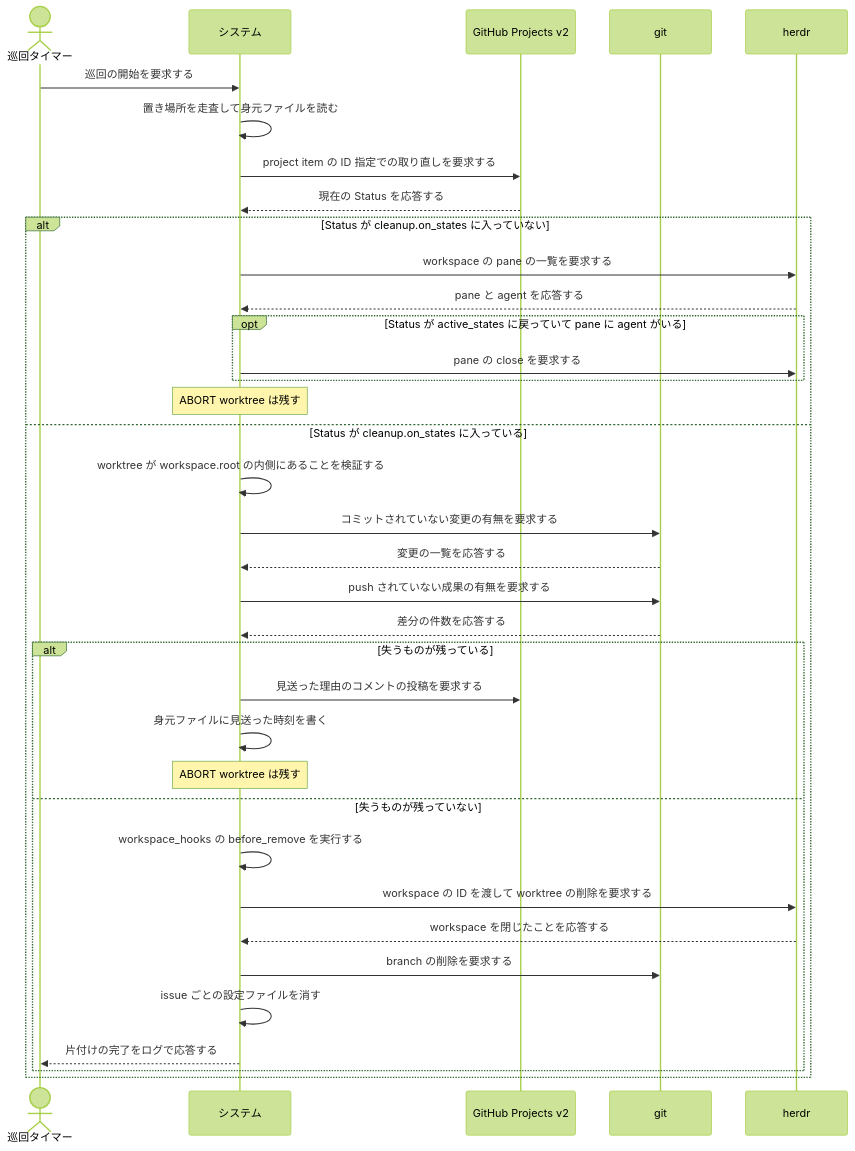
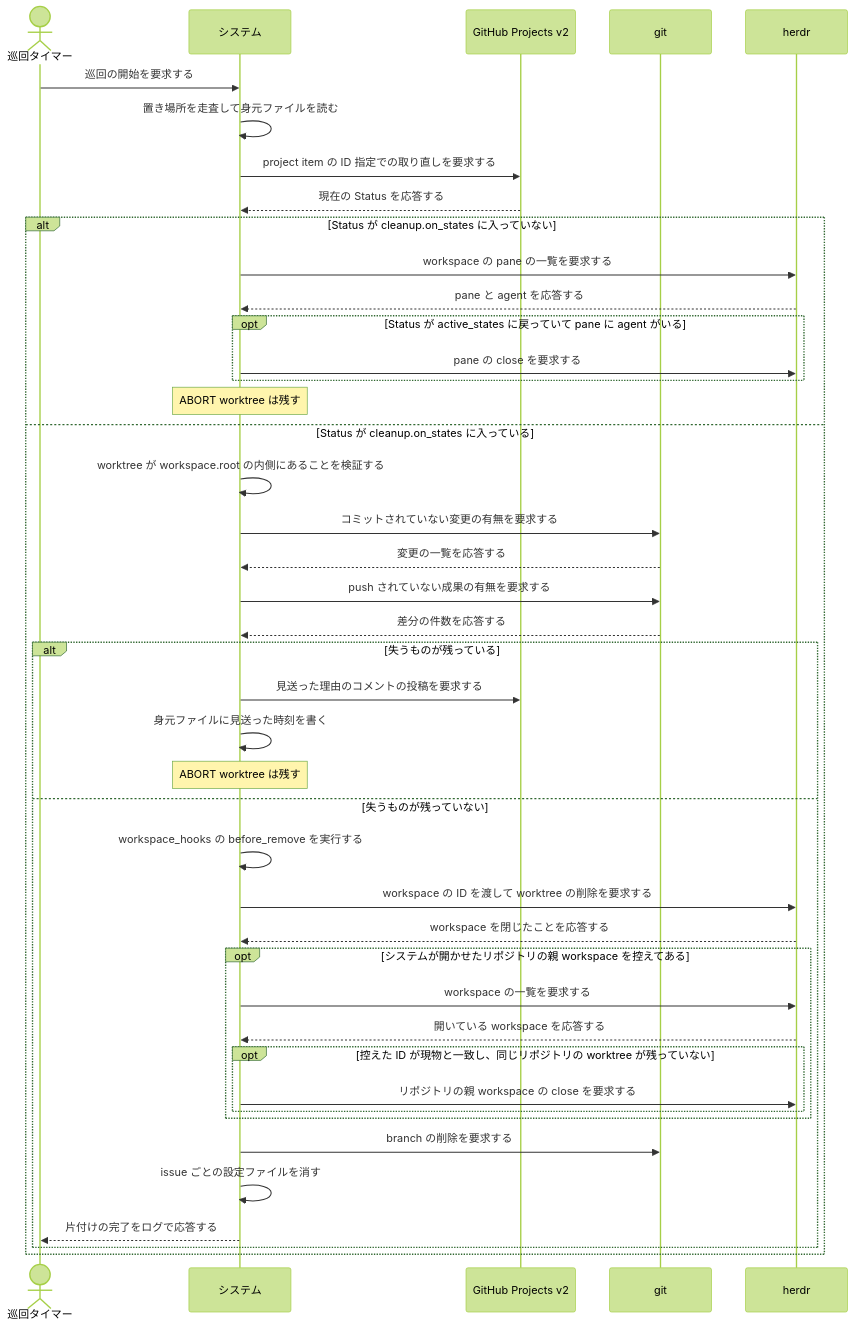
The second of 2 diagrams in docs/spec/usecases/particular_case/worktree と branch を片付ける.rucm.md (maimuzo/continuo), drawn with Mermaid (forest theme) before and after one commit. The commit also changed other lines of this file and 38 other files, not shown here.

````diff
--- a/docs/spec/usecases/particular_case/worktree と branch を片付ける.rucm.md
+++ b/docs/spec/usecases/particular_case/worktree と branch を片付ける.rucm.md
@@ -162,39 +199,46 @@
 ```mermaid
 sequenceDiagram
     actor T as 巡回タイマー
     participant S as システム
     participant GH as GitHub Projects v2
     participant G as git
     participant H as herdr
 
     T->>S: 巡回の開始を要求する
     S->>S: 置き場所を走査して身元ファイルを読む
     S->>GH: project item の ID 指定での取り直しを要求する
     GH-->>S: 現在の Status を応答する
     alt Status が cleanup.on_states に入っていない
         S->>H: workspace の pane の一覧を要求する
         H-->>S: pane と agent を応答する
         opt Status が active_states に戻っていて pane に agent がいる
             S->>H: pane の close を要求する
         end
         Note over S: ABORT worktree は残す
     else Status が cleanup.on_states に入っている
         S->>S: worktree が workspace.root の内側にあることを検証する
         S->>G: コミットされていない変更の有無を要求する
         G-->>S: 変更の一覧を応答する
         S->>G: push されていない成果の有無を要求する
         G-->>S: 差分の件数を応答する
         alt 失うものが残っている
             S->>GH: 見送った理由のコメントの投稿を要求する
             S->>S: 身元ファイルに見送った時刻を書く
             Note over S: ABORT worktree は残す
         else 失うものが残っていない
             S->>S: workspace_hooks の before_remove を実行する
             S->>H: workspace の ID を渡して worktree の削除を要求する
             H-->>S: workspace を閉じたことを応答する
+            opt システムが開かせたリポジトリの親 workspace を控えてある
+                S->>H: workspace の一覧を要求する
+                H-->>S: 開いている workspace を応答する
+                opt 控えた ID が現物と一致し、同じリポジトリの worktree が残っていない
+                    S->>H: リポジトリの親 workspace の close を要求する
+                end
+            end
             S->>G: branch の削除を要求する
             S->>S: issue ごとの設定ファイルを消す
             S-->>T: 片付けの完了をログで応答する
         end
     end
 ```
````
